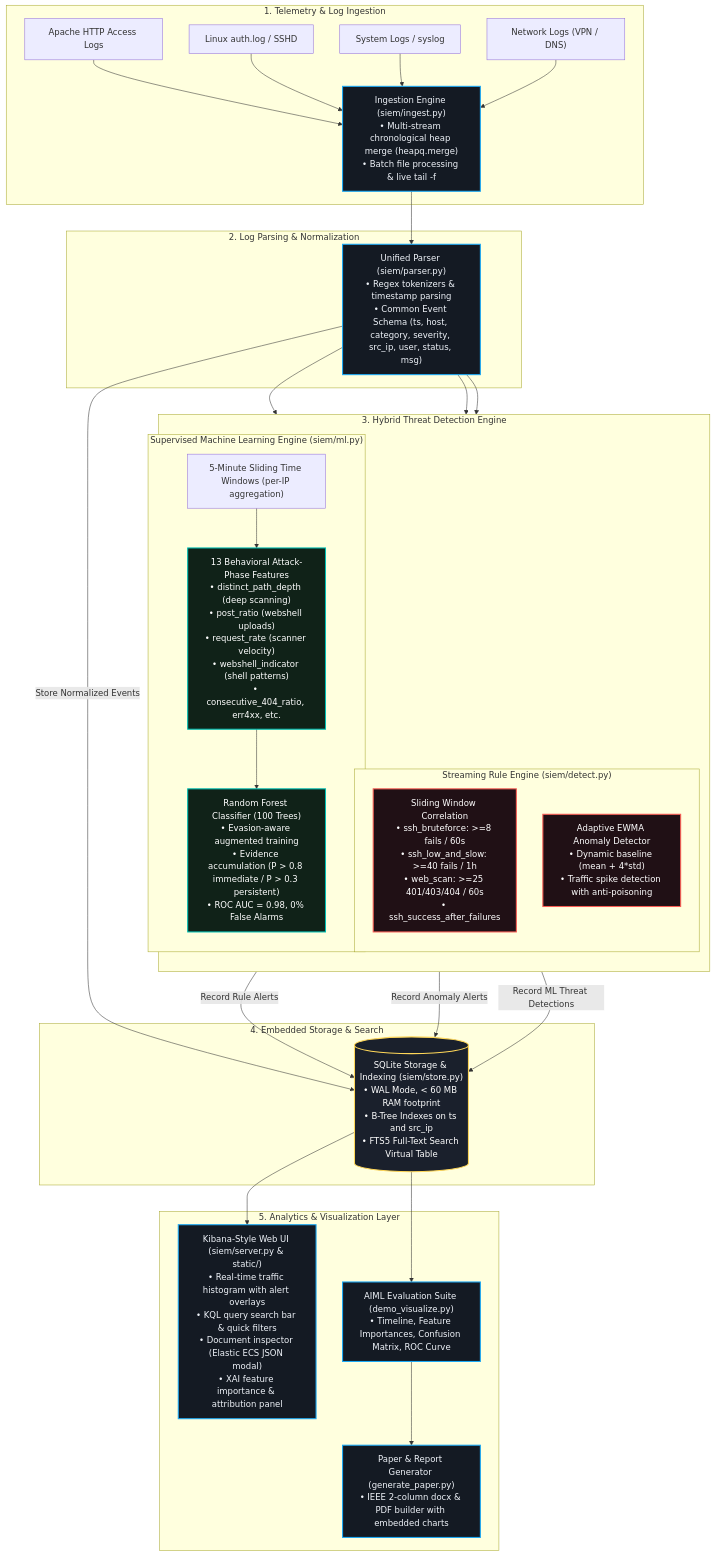
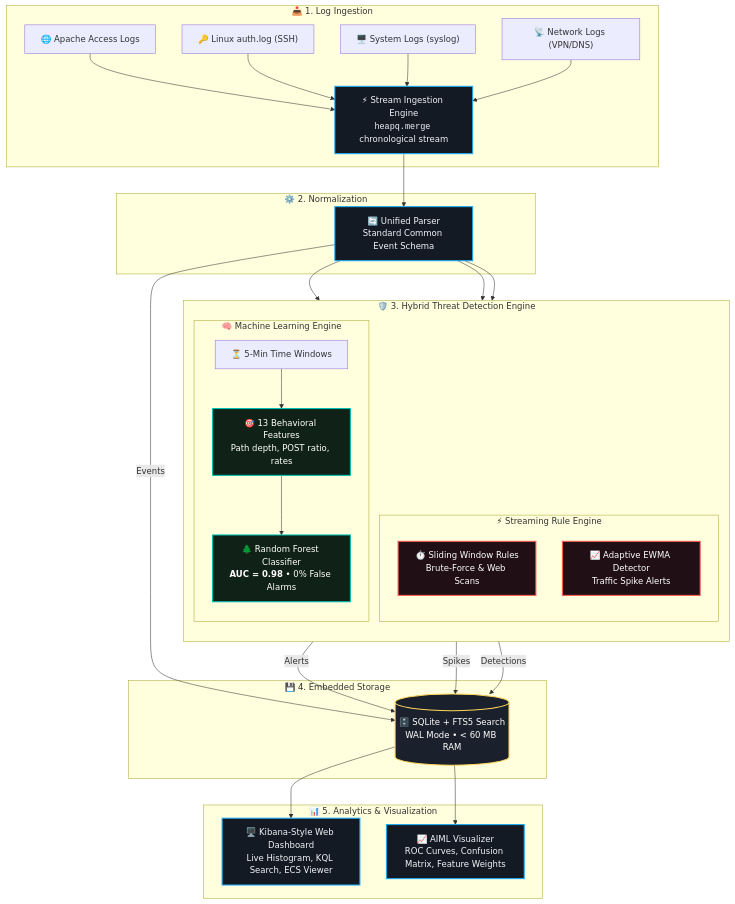
Before and after one commit to rak-K00N/LightSiem: the diagram in README.md, drawn with Mermaid.

Commit message:
Streamline flowchart: add icons, reduce text, and remove paper generator

````diff
--- a/README.md
+++ b/README.md
@@ -16,65 +16,63 @@
 ```mermaid
 flowchart TD
-    subgraph S1["1. Telemetry & Log Ingestion"]
-        A1["Apache HTTP Access Logs"]
-        A2["Linux auth.log / SSHD"]
-        A3["System Logs / syslog"]
-        A4["Network Logs (VPN / DNS)"]
-        INGEST["Ingestion Engine (siem/ingest.py)<br/>• Multi-stream chronological heap merge (heapq.merge)<br/>• Batch file processing & live tail -f"]
+    subgraph S1["📥 1. Log Ingestion"]
+        A1["🌐 Apache Access Logs"]
+        A2["🔑 Linux auth.log (SSH)"]
+        A3["🖥️ System Logs (syslog)"]
+        A4["📡 Network Logs (VPN/DNS)"]
+        INGEST["⚡ Stream Ingestion Engine<br/><code>heapq.merge</code> chronological stream"]
         A1 --> INGEST
         A2 --> INGEST
         A3 --> INGEST
         A4 --> INGEST
     end
 
-    subgraph S2["2. Log Parsing & Normalization"]
-        PARSE["Unified Parser (siem/parser.py)<br/>• Regex tokenizers & timestamp parsing<br/>• Common Event Schema (ts, host, category, severity, src_ip, user, status, msg)"]
+    subgraph S2["⚙️ 2. Normalization"]
+        PARSE["🔄 Unified Parser<br/>Standard Common Event Schema"]
         INGEST --> PARSE
     end
 
-    subgraph S3["3. Hybrid Threat Detection Engine"]
+    subgraph S3["🛡️ 3. Hybrid Threat Detection Engine"]
         direction TB
-        subgraph S3A["Streaming Rule Engine (siem/detect.py)"]
-            R1["Sliding Window Correlation<br/>• ssh_bruteforce: >=8 fails / 60s<br/>• ssh_low_and_slow: >=40 fails / 1h<br/>• web_scan: >=25 401/403/404 / 60s<br/>• ssh_success_after_failures"]
-            R2["Adaptive EWMA Anomaly Detector<br/>• Dynamic baseline (mean + 4*std)<br/>• Traffic spike detection with anti-poisoning"]
+        subgraph S3A["⚡ Streaming Rule Engine"]
+            R1["⏱️ Sliding Window Rules<br/>Brute-Force & Web Scans"]
+            R2["📈 Adaptive EWMA Detector<br/>Traffic Spike Alerts"]
         end
 
-        subgraph S3B["Supervised Machine Learning Engine (siem/ml.py)"]
-            WIN["5-Minute Sliding Time Windows (per-IP aggregation)"]
-            FEAT["13 Behavioral Attack-Phase Features<br/>• distinct_path_depth (deep scanning)<br/>• post_ratio (webshell uploads)<br/>• request_rate (scanner velocity)<br/>• webshell_indicator (shell patterns)<br/>• consecutive_404_ratio, err4xx, etc."]
-            RF["Random Forest Classifier (100 Trees)<br/>• Evasion-aware augmented training<br/>• Evidence accumulation (P > 0.8 immediate / P > 0.3 persistent)<br/>• ROC AUC = 0.98, 0% False Alarms"]
+        subgraph S3B["🧠 Machine Learning Engine"]
+            WIN["⏳ 5-Min Time Windows"]
+            FEAT["🎯 13 Behavioral Features<br/>Path depth, POST ratio, rates"]
+            RF["🌲 Random Forest Classifier<br/><b>AUC = 0.98</b> • 0% False Alarms"]
             WIN --> FEAT --> RF
         end
         PARSE --> R1
         PARSE --> R2
         PARSE --> WIN
     end
 
-    subgraph S4["4. Embedded Storage & Search"]
-        STORE[("SQLite Storage & Indexing (siem/store.py)<br/>• WAL Mode, < 60 MB RAM footprint<br/>• B-Tree Indexes on ts and src_ip<br/>• FTS5 Full-Text Search Virtual Table")]
-        PARSE -->|"Store Normalized Events"| STORE
-        R1 -->|"Record Rule Alerts"| STORE
-        R2 -->|"Record Anomaly Alerts"| STORE
-        RF -->|"Record ML Threat Detections"| STORE
+    subgraph S4["💾 4. Embedded Storage"]
+        STORE[("🗄️ SQLite + FTS5 Search<br/>WAL Mode • &lt; 60 MB RAM")]
+        PARSE -->|"Events"| STORE
+        R1 -->|"Alerts"| STORE
+        R2 -->|"Spikes"| STORE
+        RF -->|"Detections"| STORE
     end
 
-    subgraph S5["5. Analytics & Visualization Layer"]
-        KBN["Kibana-Style Web UI (siem/server.py & static/)<br/>• Real-time traffic histogram with alert overlays<br/>• KQL query search bar & quick filters<br/>• Document inspector (Elastic ECS JSON modal)<br/>• XAI feature importance & attribution panel"]
-        VIZ["AIML Evaluation Suite (demo_visualize.py)<br/>• Timeline, Feature Importances, Confusion Matrix, ROC Curve"]
-        PAPER["Paper & Report Generator (generate_paper.py)<br/>• IEEE 2-column docx & PDF builder with embedded charts"]
+    subgraph S5["📊 5. Analytics & Visualization"]
+        KBN["🖥️ Kibana-Style Web Dashboard<br/>Live Histogram, KQL Search, ECS Viewer"]
+        VIZ["📈 AIML Visualizer<br/>ROC Curves, Confusion Matrix, Feature Weights"]
         STORE --> KBN
         STORE --> VIZ
-        VIZ --> PAPER
     end
 
     classDef primary fill:#141a23,stroke:#1ba9f5,stroke-width:2px,color:#f0f4fa
     classDef alert fill:#201015,stroke:#f95d54,stroke-width:2px,color:#fff
     classDef success fill:#102218,stroke:#00bfb3,stroke-width:2px,color:#fff
     classDef db fill:#1a202c,stroke:#fed658,stroke-width:2px,color:#fff
 
     class INGEST,PARSE primary
     class R1,R2 alert
     class RF,FEAT success
     class STORE db
-    class KBN,VIZ,PAPER primary
+    class KBN,VIZ primary
 ```
````
